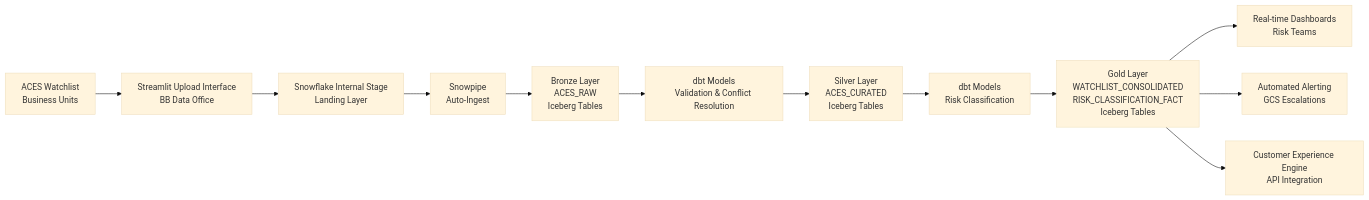
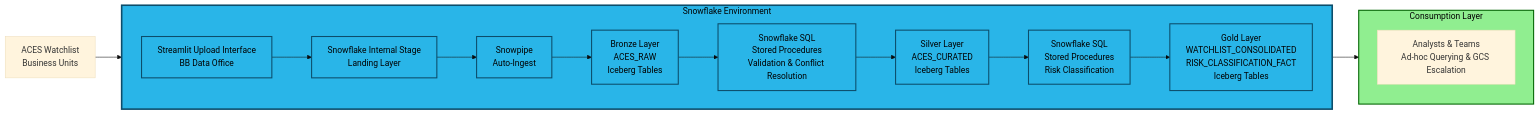
Diagram 18 of 23 in 15-BB-QPD Future State/QPD - Future State.md (sfc-gh-mhindi/REPO_CBA), drawn with Mermaid (base theme) before and after one commit. The commit also changed other lines of this file, not shown here.

````diff
--- a/15-BB-QPD Future State/QPD - Future State.md
+++ b/15-BB-QPD Future State/QPD - Future State.md
@@ -1461,14 +1684,41 @@
 ```mermaid
 graph LR
-    Source[ACES Watchlist<br/>Business Units] --> Streamlit[Streamlit Upload Interface<br/>BB Data Office]
-    Streamlit --> Internal[Snowflake Internal Stage<br/>Landing Layer]
-    Internal --> Snowpipe[Snowpipe<br/>Auto-Ingest]
-    Snowpipe --> Bronze[Bronze Layer<br/>ACES_RAW<br/>Iceberg Tables]
-    Bronze --> dbt_silver[dbt Models<br/>Validation & Conflict Resolution]
-    dbt_silver --> Silver[Silver Layer<br/>ACES_CURATED<br/>Iceberg Tables]
-    Silver --> dbt_gold[dbt Models<br/>Risk Classification]
-    dbt_gold --> Gold[Gold Layer<br/>WATCHLIST_CONSOLIDATED<br/>RISK_CLASSIFICATION_FACT<br/>Iceberg Tables]
-    Gold --> Dashboards[Real-time Dashboards<br/>Risk Teams]
-    Gold --> Alerts[Automated Alerting<br/>GCS Escalations]
-    Gold --> CEE[Customer Experience Engine<br/>API Integration]
+    subgraph Snowflake["Snowflake Environment"]
+        direction LR
+        Streamlit[Streamlit Upload Interface<br/>BB Data Office]
+        Internal[Snowflake Internal Stage<br/>Landing Layer]
+        Snowpipe[Snowpipe<br/>Auto-Ingest]
+        Bronze[Bronze Layer<br/>ACES_RAW<br/>Iceberg Tables]
+        Transform_SP[Snowflake SQL<br/>Stored Procedures<br/>Validation & Conflict Resolution]
+        Silver[Silver Layer<br/>ACES_CURATED<br/>Iceberg Tables]
+        Transform_SP_Gold[Snowflake SQL<br/>Stored Procedures<br/>Risk Classification]
+        Gold[Gold Layer<br/>WATCHLIST_CONSOLIDATED<br/>RISK_CLASSIFICATION_FACT<br/>Iceberg Tables]
+        
+        Streamlit --> Internal
+        Internal --> Snowpipe
+        Snowpipe --> Bronze
+        Bronze --> Transform_SP
+        Transform_SP --> Silver
+        Silver --> Transform_SP_Gold
+        Transform_SP_Gold --> Gold
+    end
+    
+    subgraph Consumption["Consumption Layer"]
+        direction TB
+        Analysis[Analysts & Teams<br/>Ad-hoc Querying & GCS Escalation]
+    end
+    
+    Source[ACES Watchlist<br/>Business Units] --> Streamlit
+    Gold --> Analysis
+    
+    style Snowflake fill:#29b5e8,stroke:#0c4d6b,stroke-width:3px,color:#000
+    style Consumption fill:#90ee90,stroke:#006400,stroke-width:2px,color:#000
+    style Streamlit fill:#29b5e8,stroke:#0c4d6b,stroke-width:2px,color:#000
+    style Internal fill:#29b5e8,stroke:#0c4d6b,stroke-width:2px,color:#000
+    style Snowpipe fill:#29b5e8,stroke:#0c4d6b,stroke-width:2px,color:#000
+    style Bronze fill:#29b5e8,stroke:#0c4d6b,stroke-width:2px,color:#000
+    style Transform_SP fill:#29b5e8,stroke:#0c4d6b,stroke-width:2px,color:#000
+    style Silver fill:#29b5e8,stroke:#0c4d6b,stroke-width:2px,color:#000
+    style Transform_SP_Gold fill:#29b5e8,stroke:#0c4d6b,stroke-width:2px,color:#000
+    style Gold fill:#29b5e8,stroke:#0c4d6b,stroke-width:2px,color:#000
 ```
````
